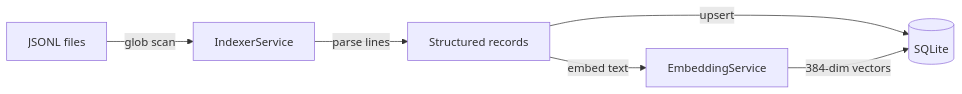
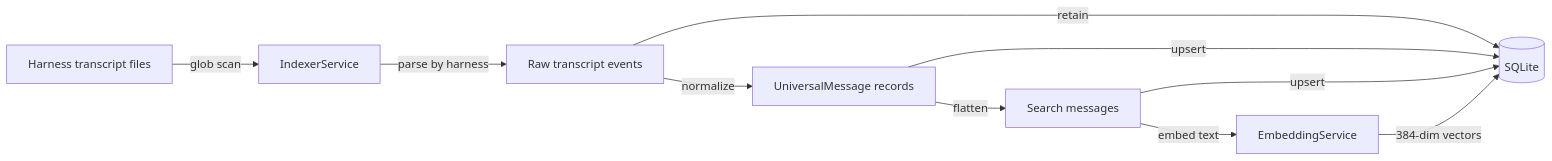
One commit to the-robot-lives/claude-assist changed the first of 2 diagrams in docs/arch/data-flow.md. Above: the diagram before and after it, drawn with Mermaid. The commit also changed other lines of this file and 28 other files, not shown here.

````diff
--- a/docs/arch/data-flow.md
+++ b/docs/arch/data-flow.md
@@ -5,8 +5,12 @@
 ```mermaid
 flowchart LR
-    A["JSONL files"] -->|glob scan| B[IndexerService]
-    B -->|parse lines| C[Structured records]
-    C -->|upsert| D[(SQLite)]
-    C -->|embed text| E[EmbeddingService]
+    A["Harness transcript files"] -->|glob scan| B[IndexerService]
+    B -->|parse by harness| C[Raw transcript events]
+    C -->|normalize| U[UniversalMessage records]
+    U -->|flatten| M[Search messages]
+    C -->|retain| D[(SQLite)]
+    U -->|upsert| D
+    M -->|upsert| D
+    M -->|embed text| E[EmbeddingService]
     E -->|384-dim vectors| D
 ```
````
